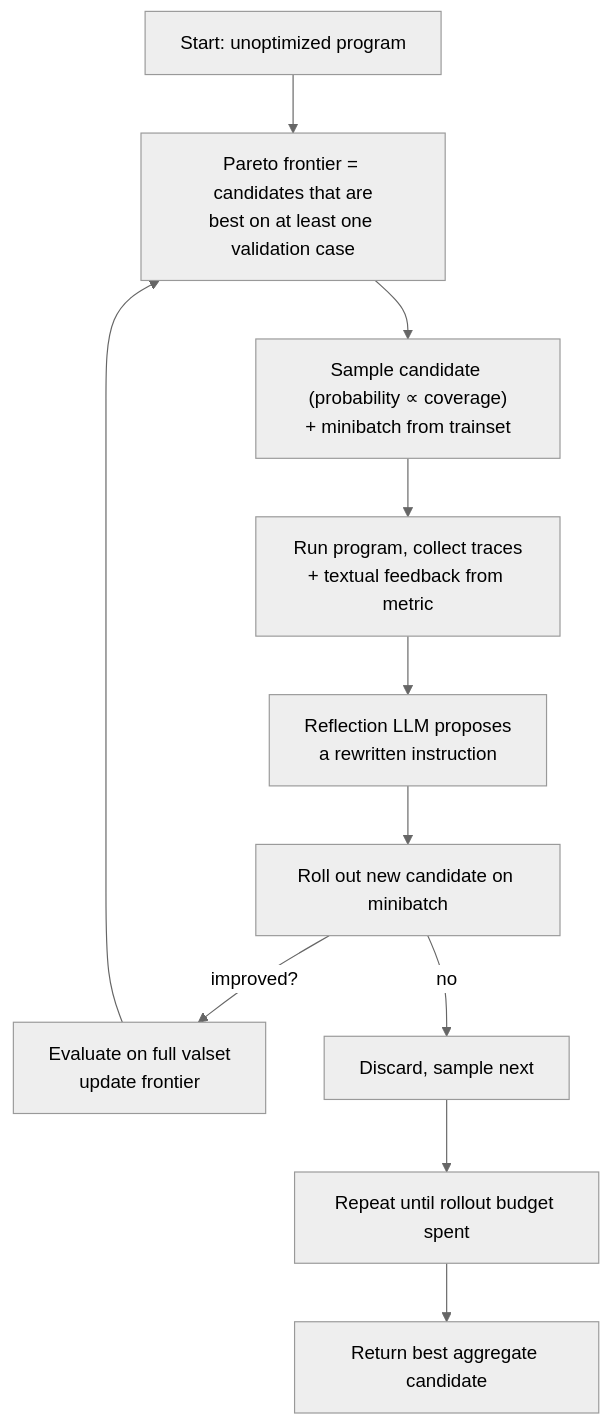
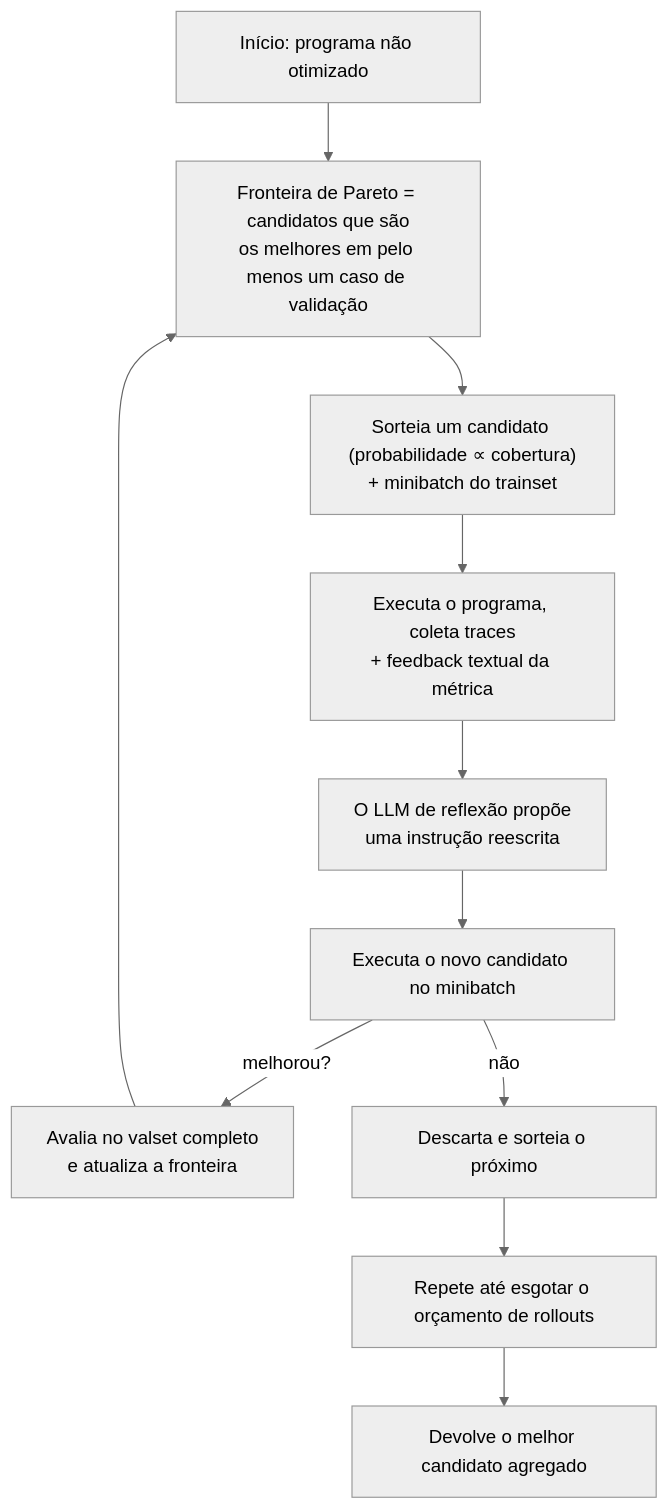
One commit to javaAndScriptDeveloper/codeWithKyryl changed the second of 2 diagrams in _articles/pt-BR/dspy-gepa-vs-miprov2.md. Above: the diagram before and after it, drawn with Mermaid (neutral theme). The commit also changed other lines of this file and 41 other files, not shown here.

````diff
--- a/_articles/pt-BR/dspy-gepa-vs-miprov2.md
+++ b/_articles/pt-BR/dspy-gepa-vs-miprov2.md
@@ -305,13 +306,13 @@
 ```mermaid
 flowchart TD
-    S["Start: unoptimized program"] --> P["Pareto frontier = candidates that are<br/>best on at least one validation case"]
-    P --> M["Sample candidate (probability ∝ coverage)<br/>+ minibatch from trainset"]
-    M --> R["Run program, collect traces<br/>+ textual feedback from metric"]
-    R --> L["Reflection LLM proposes<br/>a rewritten instruction"]
-    L --> E["Roll out new candidate on minibatch"]
-    E -- "improved?" --> V["Evaluate on full valset<br/>update frontier"]
-    E -- "no" --> P2["Discard, sample next"]
+    S["Início: programa não otimizado"] --> P["Fronteira de Pareto = candidatos que são<br/>os melhores em pelo menos um caso de validação"]
+    P --> M["Sorteia um candidato (probabilidade ∝ cobertura)<br/>+ minibatch do trainset"]
+    M --> R["Executa o programa, coleta traces<br/>+ feedback textual da métrica"]
+    R --> L["O LLM de reflexão propõe<br/>uma instrução reescrita"]
+    L --> E["Executa o novo candidato no minibatch"]
+    E -- "melhorou?" --> V["Avalia no valset completo<br/>e atualiza a fronteira"]
+    E -- "não" --> P2["Descarta e sorteia o próximo"]
     V --> P
-    P2 --> M2["Repeat until rollout budget spent"]
-    M2 --> W["Return best aggregate candidate"]
+    P2 --> M2["Repete até esgotar o orçamento de rollouts"]
+    M2 --> W["Devolve o melhor candidato agregado"]
 ```
````
